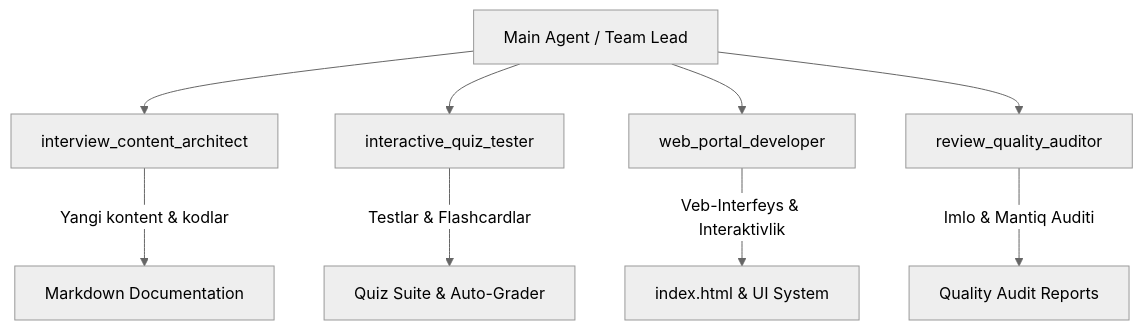
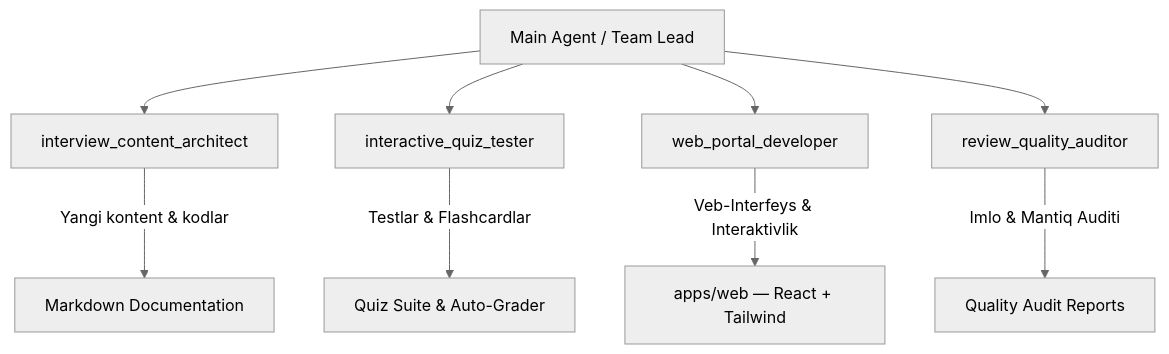
One commit to alyorjon/interviews changed the diagram in AGENTS.md. Above: the diagram before and after it, drawn with Mermaid (neutral theme). The commit also changed other lines of this file and 133 other files, not shown here.

````diff
--- a/AGENTS.md
+++ b/AGENTS.md
@@ -55,12 +49,12 @@
 ```mermaid
 graph TD
     Main[Main Agent / Team Lead] --> Architect[interview_content_architect]
     Main --> QuizTester[interactive_quiz_tester]
     Main --> WebDev[web_portal_developer]
     Main --> Auditor[review_quality_auditor]
 
     Architect -->|Yangi kontent & kodlar| Docs[Markdown Documentation]
     QuizTester -->|Testlar & Flashcardlar| Quizzes[Quiz Suite & Auto-Grader]
-    WebDev -->|Veb-Interfeys & Interaktivlik| UI[index.html & UI System]
+    WebDev -->|Veb-Interfeys & Interaktivlik| UI[apps/web — React + Tailwind]
     Auditor -->|Imlo & Mantiq Auditi| Quality[Quality Audit Reports]
 ```
````
